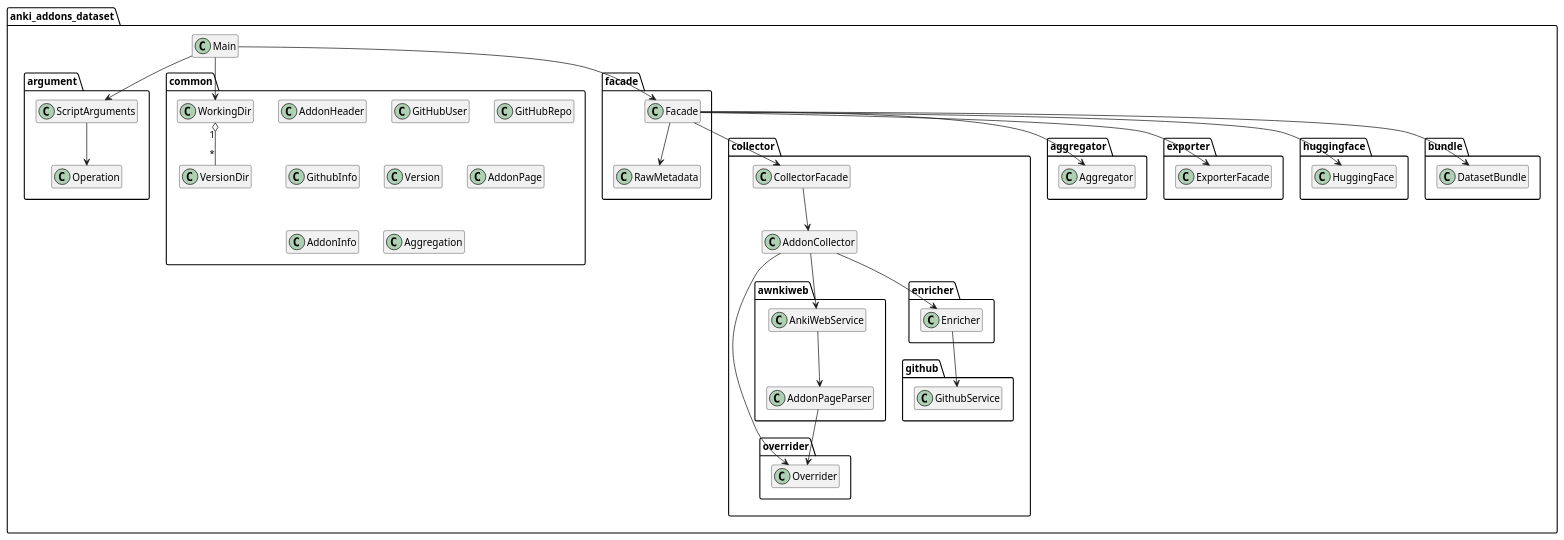
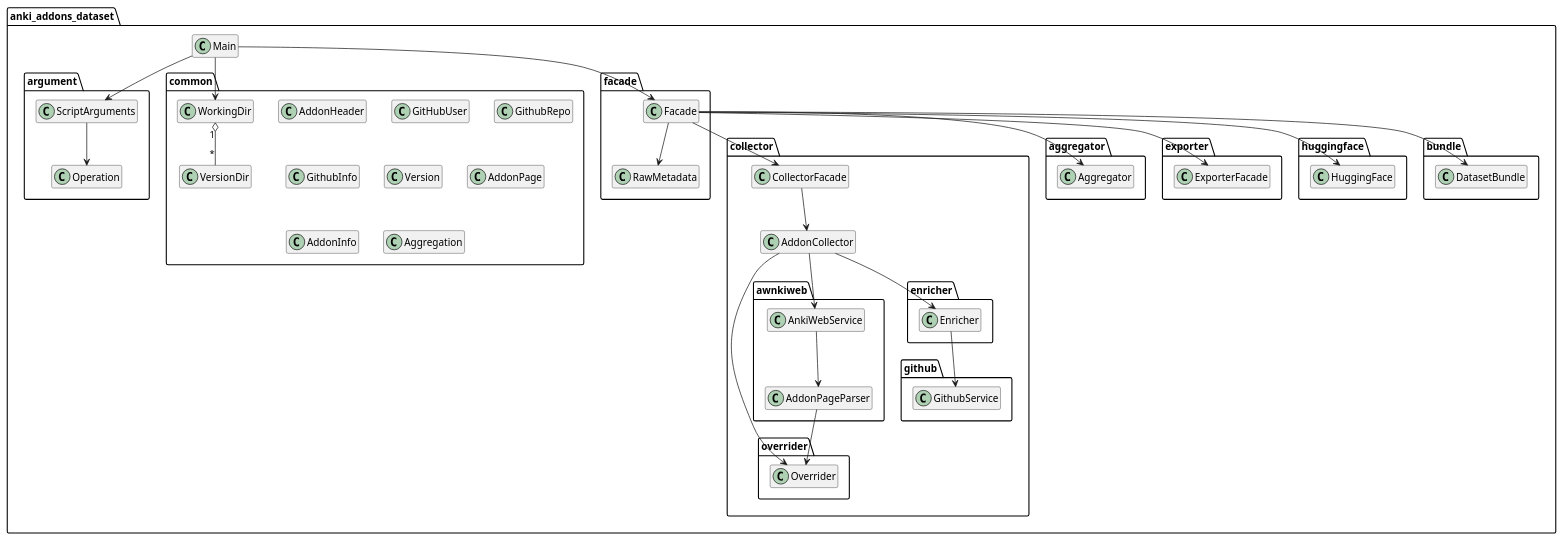
Before and after one commit to Aleks-Ya/anki-addons-dataset: the diagram in doc/uml/class_diagram.puml, drawn with PlantUML. The commit also changed 17 other files, not shown here.

Commit message:
Rename GitHubRepo to GithubRepo

```diff
--- a/doc/uml/class_diagram.puml
+++ b/doc/uml/class_diagram.puml
@@ -1,77 +1,77 @@
 @startuml
 'https://plantuml.com/class-diagram
 hide empty members
 
 package anki_addons_dataset {
     class Main
     package argument {
         class ScriptArguments
         class Operation
     }
     package common {
         class WorkingDir
         class VersionDir
         class AddonHeader
         class GitHubUser
-        class GitHubRepo
+        class GithubRepo
         class GithubInfo
         class Version
         class AddonPage
         class AddonInfo
         class Aggregation
     }
     package facade {
         class Facade
         class RawMetadata
     }
     package collector {
         class CollectorFacade
         class AddonCollector
         package overrider {
             class Overrider
         }
         package awnkiweb {
             class AddonPageParser
             class AnkiWebService
         }
         package github {
             class GithubService
         }
         package enricher {
             class Enricher
         }
     }
     package aggregator {
         class Aggregator
     }
     package exporter {
         class ExporterFacade
     }
     package huggingface {
         class HuggingFace
     }
     package bundle {
         class DatasetBundle
     }
 }
 
 ScriptArguments --> Operation
 Main --> ScriptArguments
 Main --> WorkingDir
 Main --> Facade
 WorkingDir "1" o-- "*" VersionDir
 Facade --> RawMetadata
 Facade --> CollectorFacade
 CollectorFacade --> AddonCollector
 AddonPageParser --> Overrider
 AnkiWebService --> AddonPageParser
 AddonCollector --> AnkiWebService
 AddonCollector --> Overrider
 Enricher --> GithubService
 AddonCollector --> Enricher
 Facade --> Aggregator
 Facade --> ExporterFacade
 Facade --> HuggingFace
 Facade --> DatasetBundle
 
 @enduml
```
